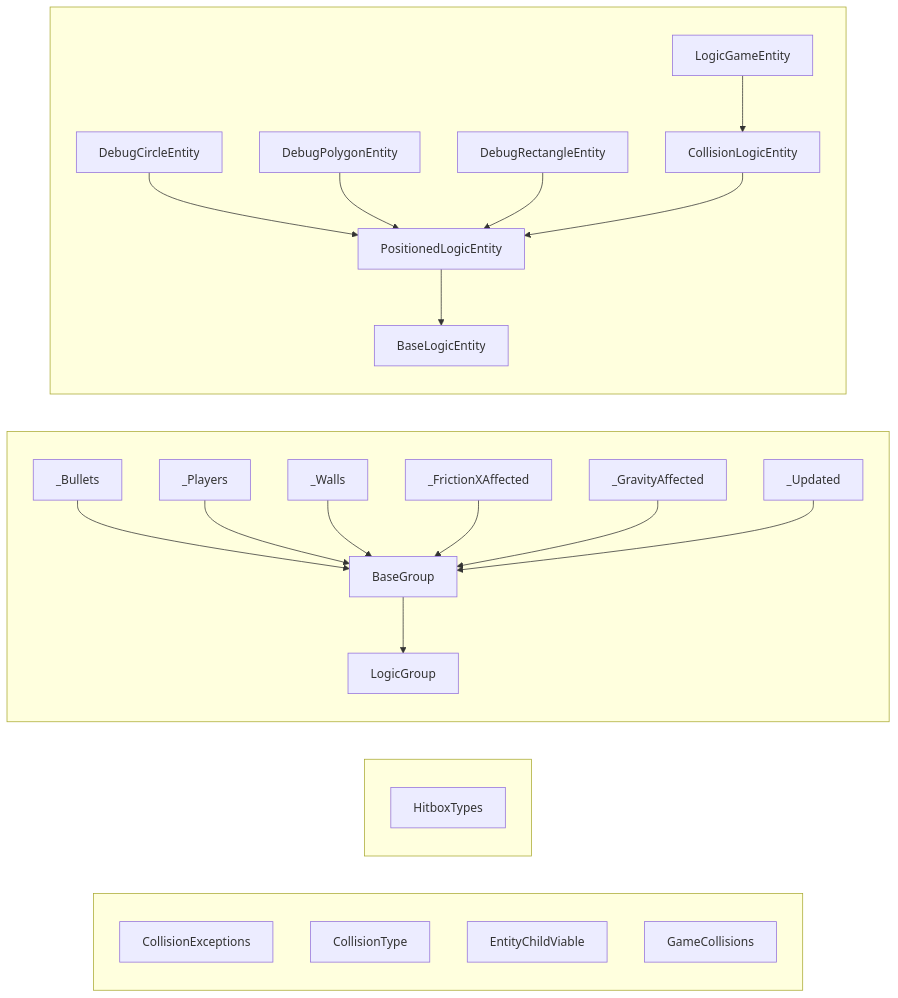
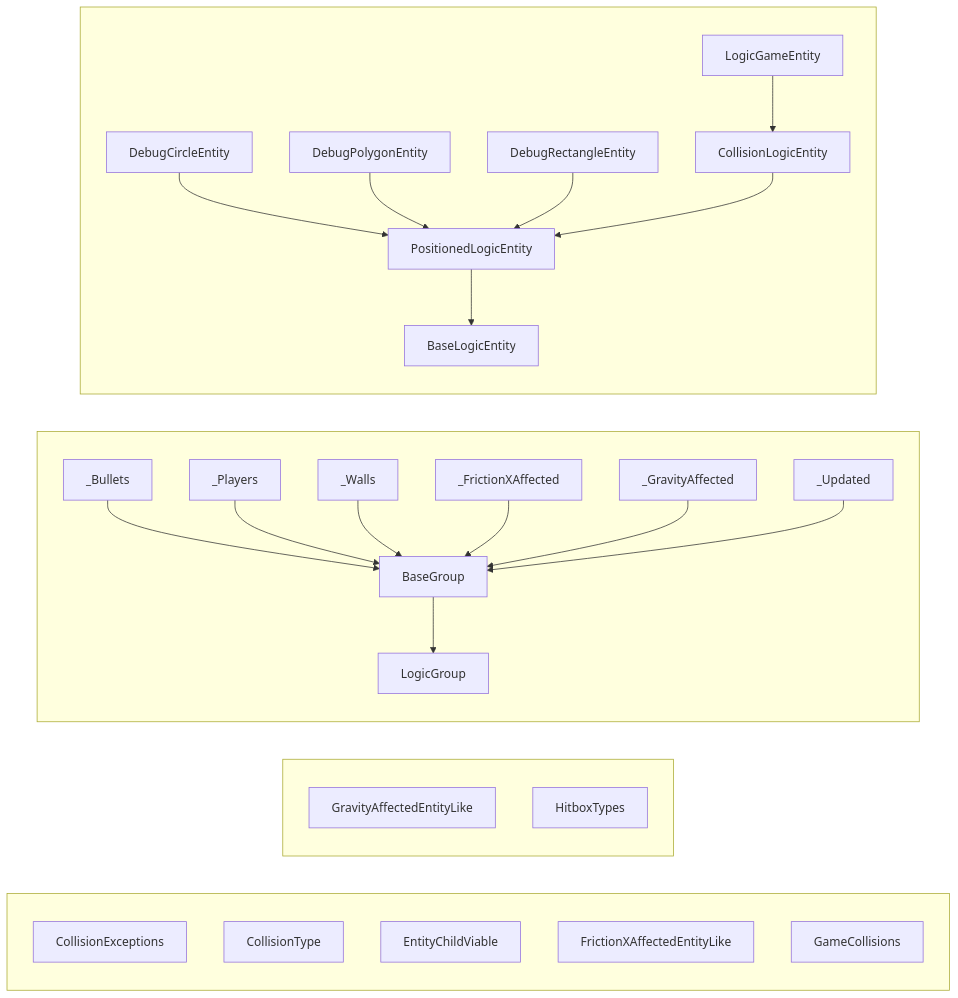
Before and after one commit to Nilusink/amoginarium: the second of 2 diagrams in amoginarium/logic/entities/_base/README.md, drawn with Mermaid. The commit also changed other lines of this file and 37 other files, not shown here.

Commit message:
Refactor _base logic side + some other stuff

````diff
--- a/amoginarium/logic/entities/_base/README.md
+++ b/amoginarium/logic/entities/_base/README.md
@@ -39,49 +39,46 @@
 ```mermaid
 graph RL
-
-subgraph Group1 [" "]
-CollisionExceptions
-CollisionType
-EntityChildViable
-GameCollisions
-end
-
-subgraph Group2 [" "]
-HitboxTypes
-end
-
-subgraph Group3 [" "]
-BaseGroup
-LogicGroup
-_Bullets
-_FrictionXAffected
-_GravityAffected
-_Players
-_Updated
-_Walls
-end
-
-subgraph Group4 [" "]
-BaseLogicEntity
-CollisionLogicEntity
-DebugCircleEntity
-DebugPolygonEntity
-DebugRectangleEntity
-LogicGameEntity
-PositionedLogicEntity
-end
-
-PositionedLogicEntity --> BaseLogicEntity
-DebugCircleEntity --> PositionedLogicEntity
-DebugPolygonEntity --> PositionedLogicEntity
-DebugRectangleEntity --> PositionedLogicEntity
-CollisionLogicEntity --> PositionedLogicEntity
-LogicGameEntity --> CollisionLogicEntity
-BaseGroup --> LogicGroup
-_Bullets --> BaseGroup
-_Players --> BaseGroup
-_Walls --> BaseGroup
-_FrictionXAffected --> BaseGroup
-_GravityAffected --> BaseGroup
-_Updated --> BaseGroup
+    subgraph Group1 [" "]
+        CollisionExceptions
+        CollisionType
+        EntityChildViable
+        FrictionXAffectedEntityLike
+        GameCollisions
+    end
+    subgraph Group2 [" "]
+        GravityAffectedEntityLike
+        HitboxTypes
+    end
+    subgraph Group3 [" "]
+        BaseGroup
+        LogicGroup
+        _Bullets
+        _FrictionXAffected
+        _GravityAffected
+        _Players
+        _Updated
+        _Walls
+    end
+    subgraph Group4 [" "]
+        BaseLogicEntity
+        CollisionLogicEntity
+        DebugCircleEntity
+        DebugPolygonEntity
+        DebugRectangleEntity
+        LogicGameEntity
+        PositionedLogicEntity
+    end
+    PositionedLogicEntity --> BaseLogicEntity
+    DebugCircleEntity --> PositionedLogicEntity
+    DebugPolygonEntity --> PositionedLogicEntity
+    DebugRectangleEntity --> PositionedLogicEntity
+    CollisionLogicEntity --> PositionedLogicEntity
+    LogicGameEntity --> CollisionLogicEntity
+    BaseGroup --> LogicGroup
+    _Bullets --> BaseGroup
+    _Players --> BaseGroup
+    _Walls --> BaseGroup
+    _FrictionXAffected --> BaseGroup
+    _GravityAffected --> BaseGroup
+    _Updated --> BaseGroup
 ```
````
